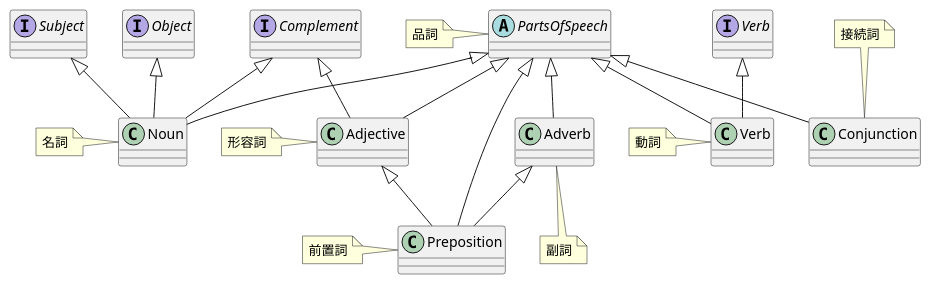
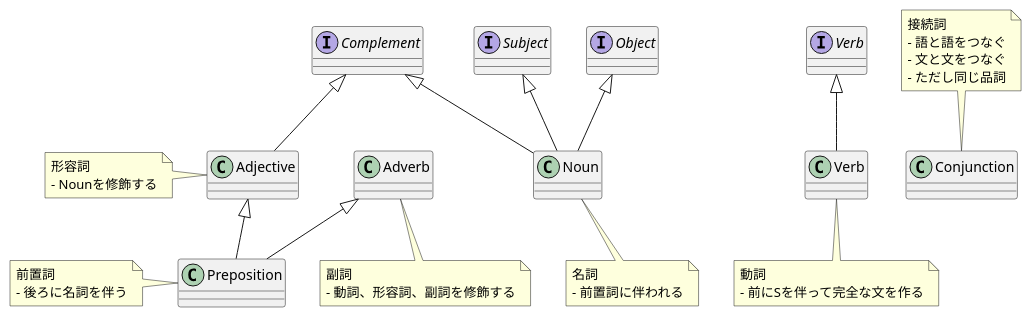
One commit to JHashimoto0518/structure-of-english changed the diagram in docs/diagrams/src/class_diagram.pu. Above: the diagram before and after it, drawn with PlantUML.

Commit message:
Change PartsOfSpeech class to Comment

```diff
--- a/docs/diagrams/src/class_diagram.pu
+++ b/docs/diagrams/src/class_diagram.pu
@@ -1,55 +1,57 @@
 @startuml Structure of English
 
 interface Subject
 interface "Verb" as IVerb
 interface Object
 interface Complement
 
+/'
 abstract class PartsOfSpeech {
 }
 note left : 品詞
+'/
 
 class Noun {
 }
-note left : 名詞
+note bottom : 名詞\n- 前置詞に伴われる
 
-PartsOfSpeech <|-- Noun
+'PartsOfSpeech <|-- Noun
 Subject <|-- Noun
 Object <|-- Noun
 Complement <|-- Noun
 
 class Verb {
 
 }
-note left : 動詞
-PartsOfSpeech <|-- Verb
+note bottom : 動詞\n- 前にSを伴って完全な文を作る
+'PartsOfSpeech <|-- Verb
 IVerb <|-- Verb
 
 class Adjective {
 
 }
-note left : 形容詞
-PartsOfSpeech <|-- Adjective
+note left : 形容詞\n- Nounを修飾する
+'PartsOfSpeech <|-- Adjective
 Complement <|-- Adjective
 
 class Adverb {
 
 }
-note bottom : 副詞
-PartsOfSpeech <|-- Adverb
+note bottom : 副詞\n- 動詞、形容詞、副詞を修飾する
+'PartsOfSpeech <|-- Adverb
 
 class Preposition {
 
 }
-note left : 前置詞
-PartsOfSpeech <|-- Preposition
+note left : 前置詞\n- 後ろに名詞を伴う
+'PartsOfSpeech <|-- Preposition
 Adjective <|-- Preposition
 Adverb <|-- Preposition
 
 class Conjunction {
 
 }
-note top : 接続詞
-PartsOfSpeech <|-- Conjunction
+note top : 接続詞\n- 語と語をつなぐ\n- 文と文をつなぐ\n- ただし同じ品詞
+'PartsOfSpeech <|-- Conjunction
 
 @enduml
```
